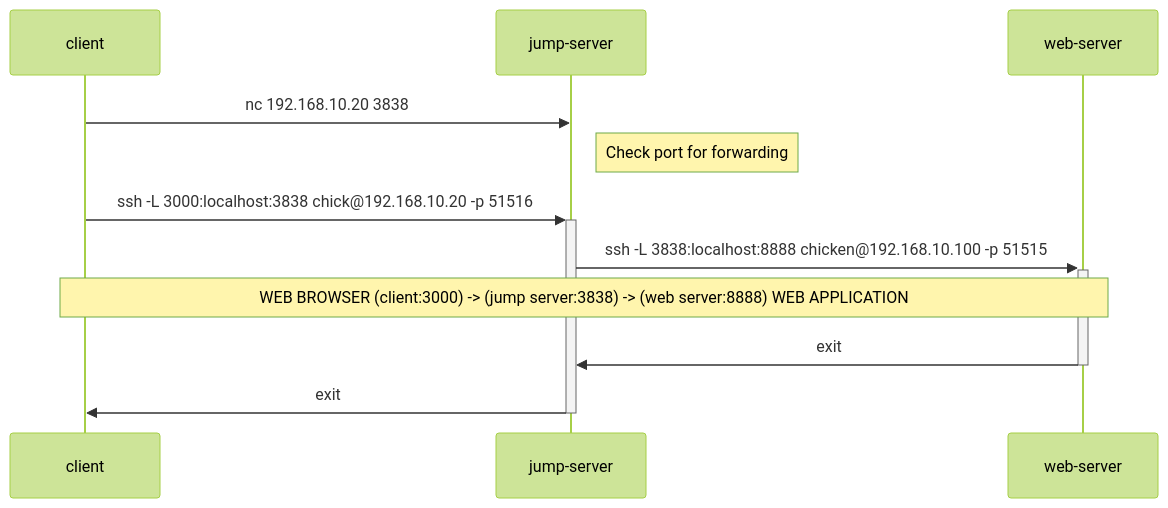
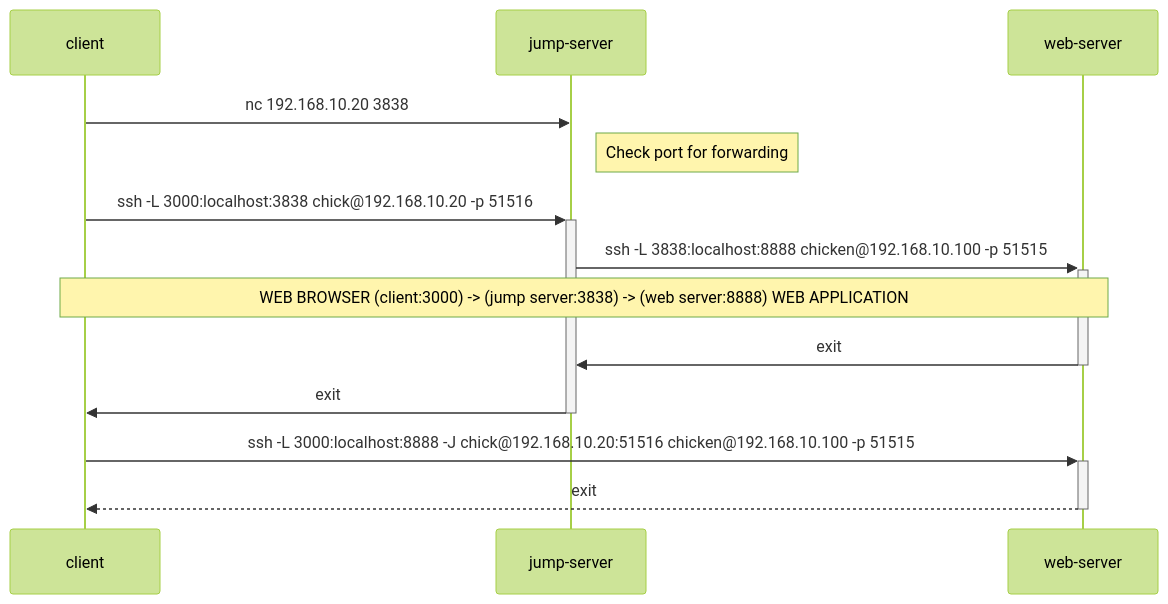
The first of 2 diagrams in local-port-forward.md (qwasium/ssh-memo), drawn with Mermaid (forest theme) before and after one commit. The commit also changed other lines of this file, not shown here.

````diff
--- a/local-port-forward.md
+++ b/local-port-forward.md
@@ -44,10 +45,14 @@
 ```mermaid
 sequenceDiagram
   client ->> jump-server: nc 192.168.10.20 3838
   Note right of jump-server: Check port for forwarding
   client ->> +jump-server: ssh -L 3000:localhost:3838 chick@192.168.10.20 -p 51516
   jump-server ->> +web-server: ssh -L 3838:localhost:8888 chicken@192.168.10.100 -p 51515
   Note over client,web-server: WEB BROWSER (client:3000) -> (jump server:3838) -> (web server:8888) WEB APPLICATION
   web-server ->> -jump-server: exit
   jump-server ->> -client: exit
+
+  client ->> +web-server: ssh -L 3000:localhost:8888 -J chick@192.168.10.20:51516 chicken@192.168.10.100 -p 51515
+  web-server -->> -client: exit
+
 ```
````
